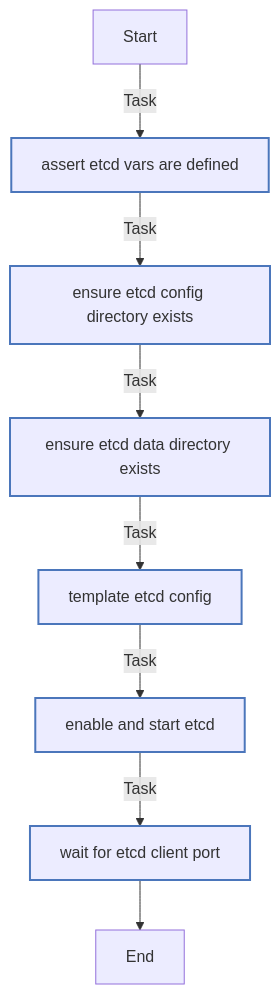
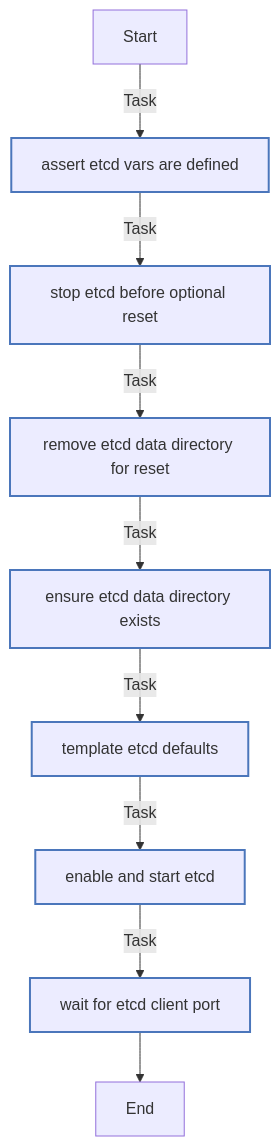
Before and after one commit to Lebowski89/homelab: the seventh of 9 diagrams in ansible/roles/postgres/README.md, drawn with Mermaid. The commit also changed other lines of this file and 16 other files, not shown here.

````diff
--- a/ansible/roles/postgres/README.md
+++ b/ansible/roles/postgres/README.md
@@ -174,20 +382,21 @@
 ```mermaid
 flowchart TD
 Start
 classDef block stroke:#3498db,stroke-width:2px;
 classDef task stroke:#4b76bb,stroke-width:2px;
 classDef includeTasks stroke:#16a085,stroke-width:2px;
 classDef importTasks stroke:#34495e,stroke-width:2px;
 classDef includeRole stroke:#2980b9,stroke-width:2px;
 classDef importRole stroke:#699ba7,stroke-width:2px;
 classDef includeVars stroke:#8e44ad,stroke-width:2px;
 classDef rescue stroke:#665352,stroke-width:2px;
 
   Start-->|Task| Assert_etcd_vars_are_defined0[assert etcd vars are defined]:::task
-  Assert_etcd_vars_are_defined0-->|Task| Ensure_etcd_config_directory_exists1[ensure etcd config directory exists]:::task
-  Ensure_etcd_config_directory_exists1-->|Task| Ensure_etcd_data_directory_exists2[ensure etcd data directory exists]:::task
-  Ensure_etcd_data_directory_exists2-->|Task| Template_etcd_config3[template etcd config]:::task
-  Template_etcd_config3-->|Task| Enable_and_start_etcd4[enable and start etcd]:::task
-  Enable_and_start_etcd4-->|Task| Wait_for_etcd_client_port5[wait for etcd client port]:::task
-  Wait_for_etcd_client_port5-->End
+  Assert_etcd_vars_are_defined0-->|Task| Stop_etcd_before_optional_reset1[stop etcd before optional reset]:::task
+  Stop_etcd_before_optional_reset1-->|Task| Remove_etcd_data_directory_for_reset2[remove etcd data directory for reset]:::task
+  Remove_etcd_data_directory_for_reset2-->|Task| Ensure_etcd_data_directory_exists3[ensure etcd data directory exists]:::task
+  Ensure_etcd_data_directory_exists3-->|Task| Template_etcd_defaults4[template etcd defaults]:::task
+  Template_etcd_defaults4-->|Task| Enable_and_start_etcd5[enable and start etcd]:::task
+  Enable_and_start_etcd5-->|Task| Wait_for_etcd_client_port6[wait for etcd client port]:::task
+  Wait_for_etcd_client_port6-->End
 ```
````
